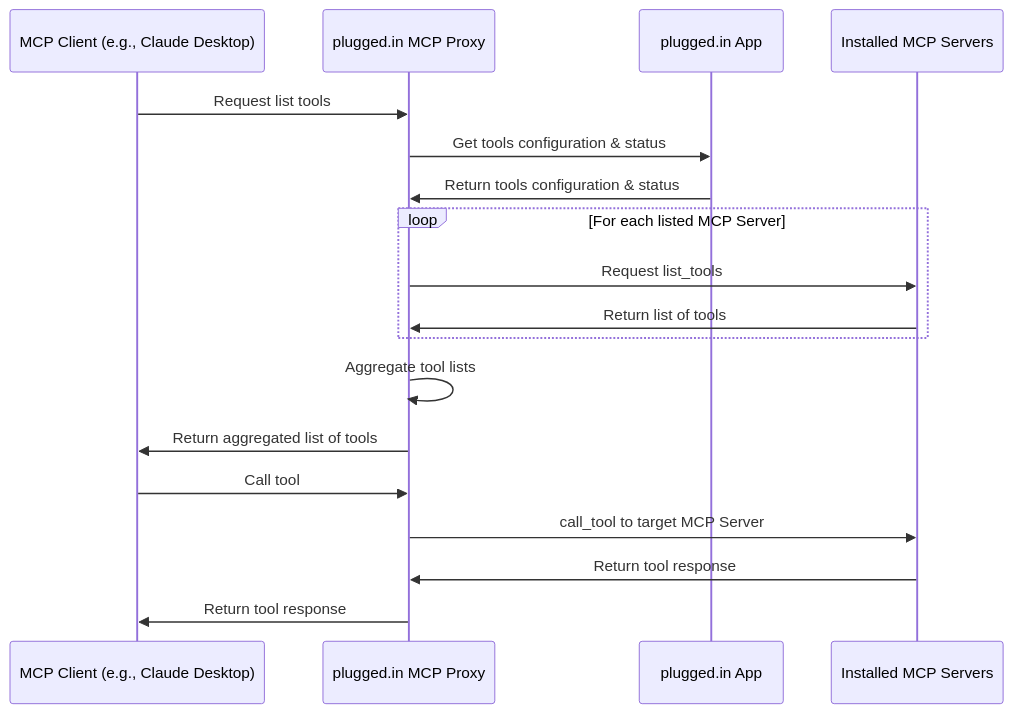
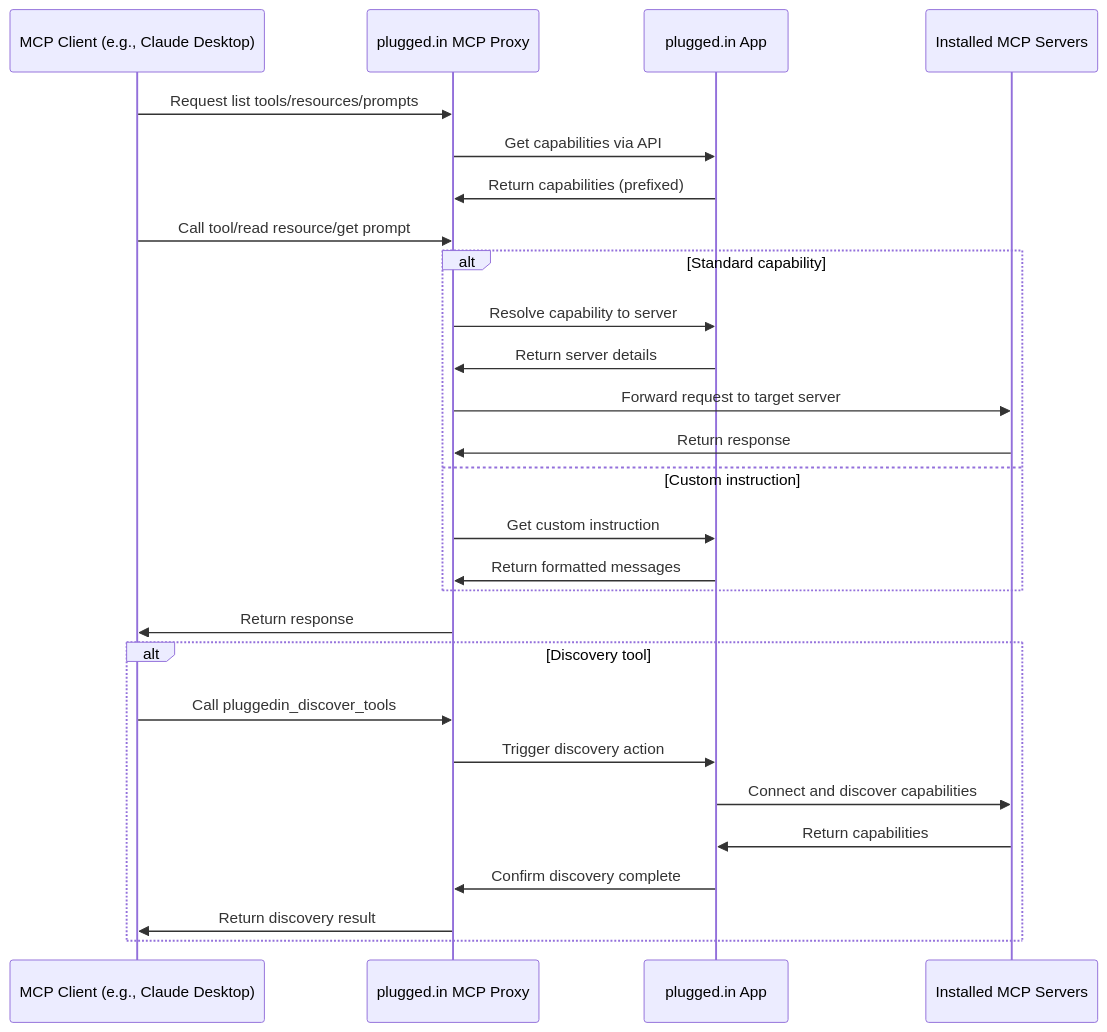
Before and after one commit to VeriTeknik/pluggedin-app: the diagram in README.md, drawn with Mermaid. The commit also changed other lines of this file, not shown here.

Commit message:
readme updates

````diff
--- a/README.md
+++ b/README.md
@@ -88,24 +89,32 @@
 ```mermaid
 sequenceDiagram
     participant MCPClient as MCP Client (e.g., Claude Desktop)
     participant PluggedinMCP as plugged.in MCP Proxy
     participant PluggedinApp as plugged.in App
     participant MCPServers as Installed MCP Servers
 
-    MCPClient ->> PluggedinMCP: Request list tools
-    PluggedinMCP ->> PluggedinApp: Get tools configuration & status
-    PluggedinApp ->> PluggedinMCP: Return tools configuration & status
+    MCPClient ->> PluggedinMCP: Request list tools/resources/prompts
+    PluggedinMCP ->> PluggedinApp: Get capabilities via API
+    PluggedinApp ->> PluggedinMCP: Return capabilities (prefixed)
 
-    loop For each listed MCP Server
-        PluggedinMCP ->> MCPServers: Request list_tools
-        MCPServers ->> PluggedinMCP: Return list of tools
+    MCPClient ->> PluggedinMCP: Call tool/read resource/get prompt
+    alt Standard capability
+        PluggedinMCP ->> PluggedinApp: Resolve capability to server
+        PluggedinApp ->> PluggedinMCP: Return server details
+        PluggedinMCP ->> MCPServers: Forward request to target server
+        MCPServers ->> PluggedinMCP: Return response
+    else Custom instruction
+        PluggedinMCP ->> PluggedinApp: Get custom instruction
+        PluggedinApp ->> PluggedinMCP: Return formatted messages
     end
+    PluggedinMCP ->> MCPClient: Return response
 
-    PluggedinMCP ->> PluggedinMCP: Aggregate tool lists
-    PluggedinMCP ->> MCPClient: Return aggregated list of tools
-
-    MCPClient ->> PluggedinMCP: Call tool
-    PluggedinMCP ->> MCPServers: call_tool to target MCP Server
-    MCPServers ->> PluggedinMCP: Return tool response
-    PluggedinMCP ->> MCPClient: Return tool response
+    alt Discovery tool
+        MCPClient ->> PluggedinMCP: Call pluggedin_discover_tools
+        PluggedinMCP ->> PluggedinApp: Trigger discovery action
+        PluggedinApp ->> MCPServers: Connect and discover capabilities
+        MCPServers ->> PluggedinApp: Return capabilities
+        PluggedinApp ->> PluggedinMCP: Confirm discovery complete
+        PluggedinMCP ->> MCPClient: Return discovery result
+    end
 ```
````
